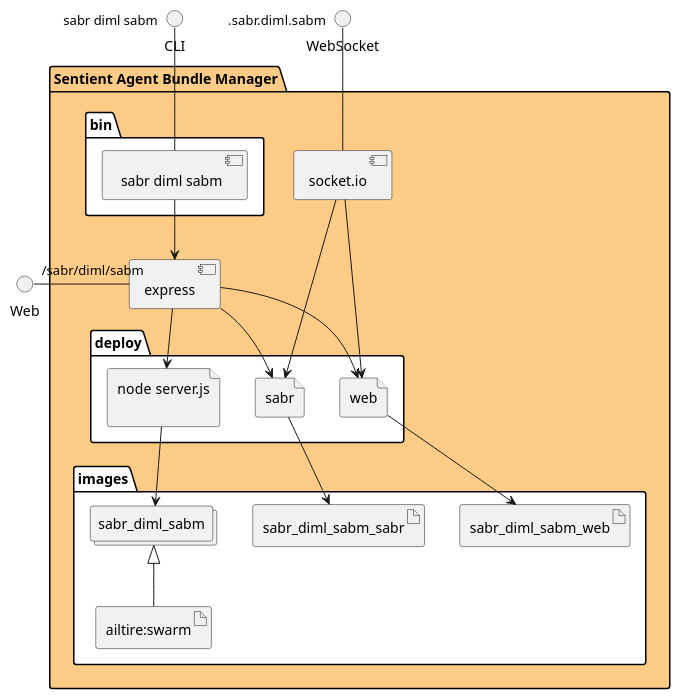
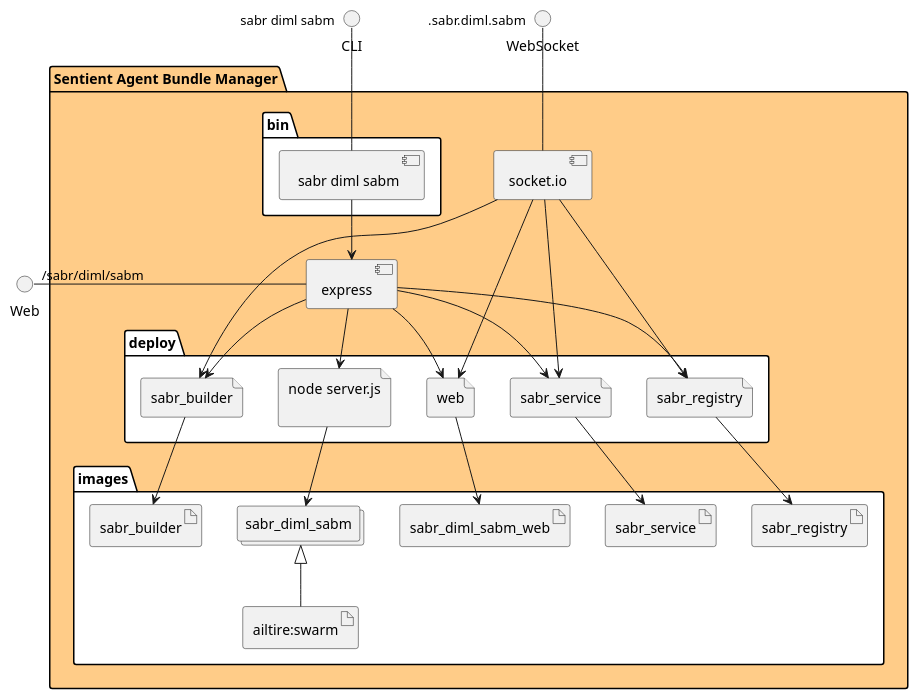
Before and after one commit to madajaju/sabr: the diagram in docs/sabr/diml/sabm/envs/prod/physical.puml, drawn with PlantUML. The commit also changed 413 other files, not shown here.

```diff
--- a/docs/sabr/diml/sabm/envs/prod/physical.puml
+++ b/docs/sabr/diml/sabm/envs/prod/physical.puml
@@ -1,46 +1,60 @@
 @startuml
   interface CLI
   interface Web
   interface WebSocket
 package "Sentient Agent Bundle Manager" #ffcc88 {
   component express as REST
   component socket.io as socket
   folder bin #ffffff {
     component " sabr diml sabm" as binName
   }
   binName --> REST
 
   folder deploy #ffffff {
       file "node server.js\n" as sabr_diml_sabm_container
       REST --> sabr_diml_sabm_container
 
   
     file "web" as web_container
     REST --> web_container
     socket ---> web_container
   
-    file "sabr" as sabr_container
-    REST --> sabr_container
-    socket ---> sabr_container
+    file "sabr_service" as sabr_service_container
+    REST --> sabr_service_container
+    socket ---> sabr_service_container
+  
+    file "sabr_registry" as sabr_registry_container
+    REST --> sabr_registry_container
+    socket ---> sabr_registry_container
+  
+    file "sabr_builder" as sabr_builder_container
+    REST --> sabr_builder_container
+    socket ---> sabr_builder_container
   
   }
   folder images #ffffff {
     collections "sabr_diml_sabm" as sabr_diml_sabmimage
     artifact "ailtire:swarm" as ailtireswarm
     sabr_diml_sabmimage <|-- ailtireswarm
     sabr_diml_sabm_container --> sabr_diml_sabmimage
 
   
       artifact "sabr_diml_sabm_web" as sabr_diml_sabm_web
       web_container --> sabr_diml_sabm_web
     
-      artifact "sabr_diml_sabm_sabr" as sabr_diml_sabm_sabr
-      sabr_container --> sabr_diml_sabm_sabr
+      artifact "sabr_service" as sabr_service
+      sabr_service_container --> sabr_service
+    
+      artifact "sabr_registry" as sabr_registry
+      sabr_registry_container --> sabr_registry
+    
+      artifact "sabr_builder" as sabr_builder
+      sabr_builder_container --> sabr_builder
     
   }
 }
 CLI " sabr diml sabm" -- binName
 Web "/sabr/diml/sabm" - REST
 WebSocket ".sabr.diml.sabm" -- socket
 
 @enduml
```
